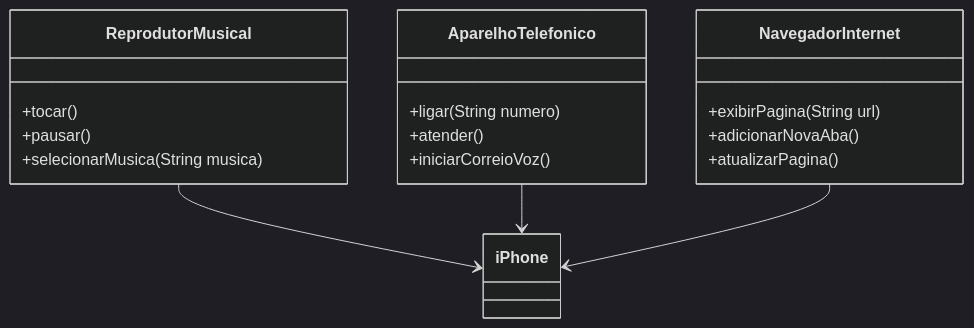
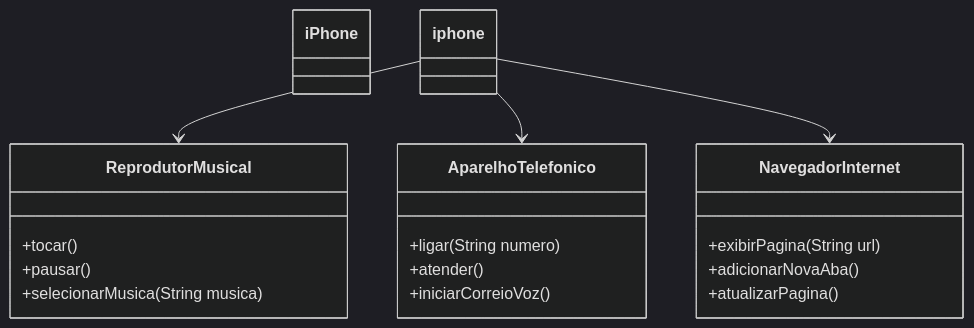
Before and after one commit to marcusvscostaa/DesafioControleFluxo: the diagram in README.md, drawn with Mermaid (dark theme).

````diff
--- a/README.md
+++ b/README.md
@@ -3,28 +3,28 @@
 ```mermaid
 classDiagram
     class ReprodutorMusical {
         +tocar()
         +pausar()
         +selecionarMusica(String musica)
     }
 
     class AparelhoTelefonico {
         +ligar(String numero)
         +atender()
         +iniciarCorreioVoz()
     }
 
     class NavegadorInternet {
         +exibirPagina(String url)
         +adicionarNovaAba()
         +atualizarPagina()
     }
 
     class iPhone {
 
     }
 
-    ReprodutorMusical --> iPhone
-    AparelhoTelefonico --> iPhone
-    NavegadorInternet --> iPhone
+    iphone --> ReprodutorMusical 
+    iphone --> AparelhoTelefonico 
+    iphone --> NavegadorInternet 
 ```
````
